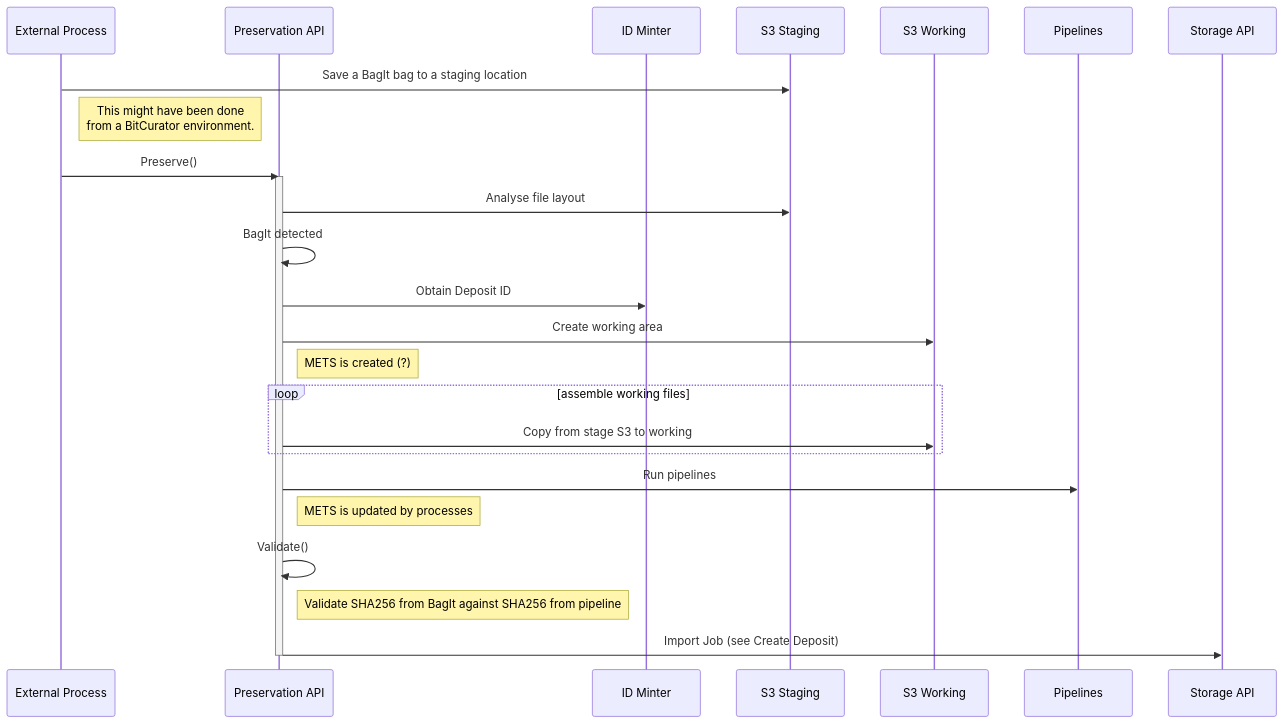
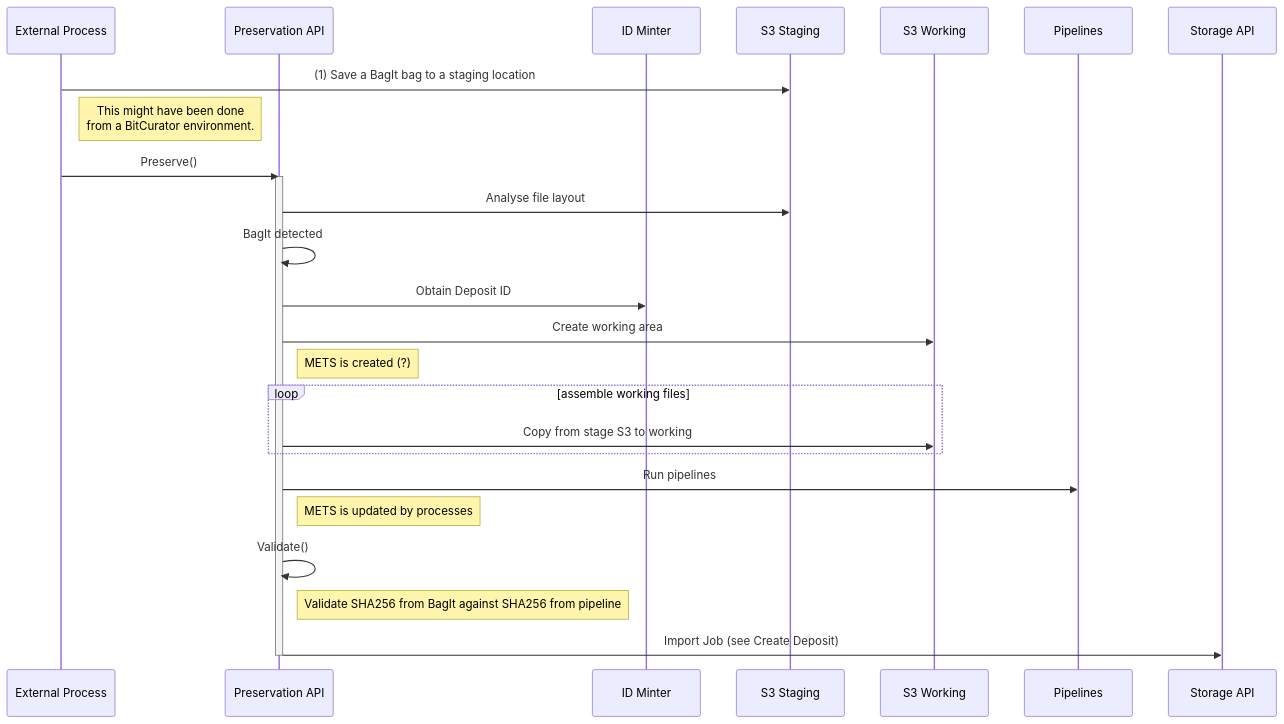
Before and after one commit to digirati-co-uk/digital-preservation-docs: the second of 2 diagrams in sequence-diagrams/create-deposit-from-s3.md, drawn with Mermaid. The commit also changed other lines of this file and 14 other files, not shown here.

````diff
--- a/sequence-diagrams/create-deposit-from-s3.md
+++ b/sequence-diagrams/create-deposit-from-s3.md
@@ -61,29 +68,29 @@
 ```mermaid
 sequenceDiagram
     participant External as External Process
     participant API as Preservation API
     participant ID as ID Minter
     participant Stage as S3 Staging
     participant S3 as S3 Working
     participant Pipe as Pipelines
     participant Storage as Storage API
 
-    External->>Stage: Save a BagIt bag to a staging location
+    External->>Stage: (1) Save a BagIt bag to a staging location
     note right of External: This might have been done<br>from a BitCurator environment.
     External->>API: Preserve()
     activate API
     API->>Stage: Analyse file layout
     API->>API: BagIt detected
     API->>ID: Obtain Deposit ID
     API->>S3: Create working area
     note right of API: METS is created (?)
     loop assemble working files
     API->>S3: Copy from stage S3 to working
     end
     API->>Pipe: Run pipelines
     note right of API: METS is updated by processes
     API->>API: Validate()
     note right of API: Validate SHA256 from BagIt against SHA256 from pipeline
     API->>Storage: Import Job (see Create Deposit)
     deactivate API
 ```
````
